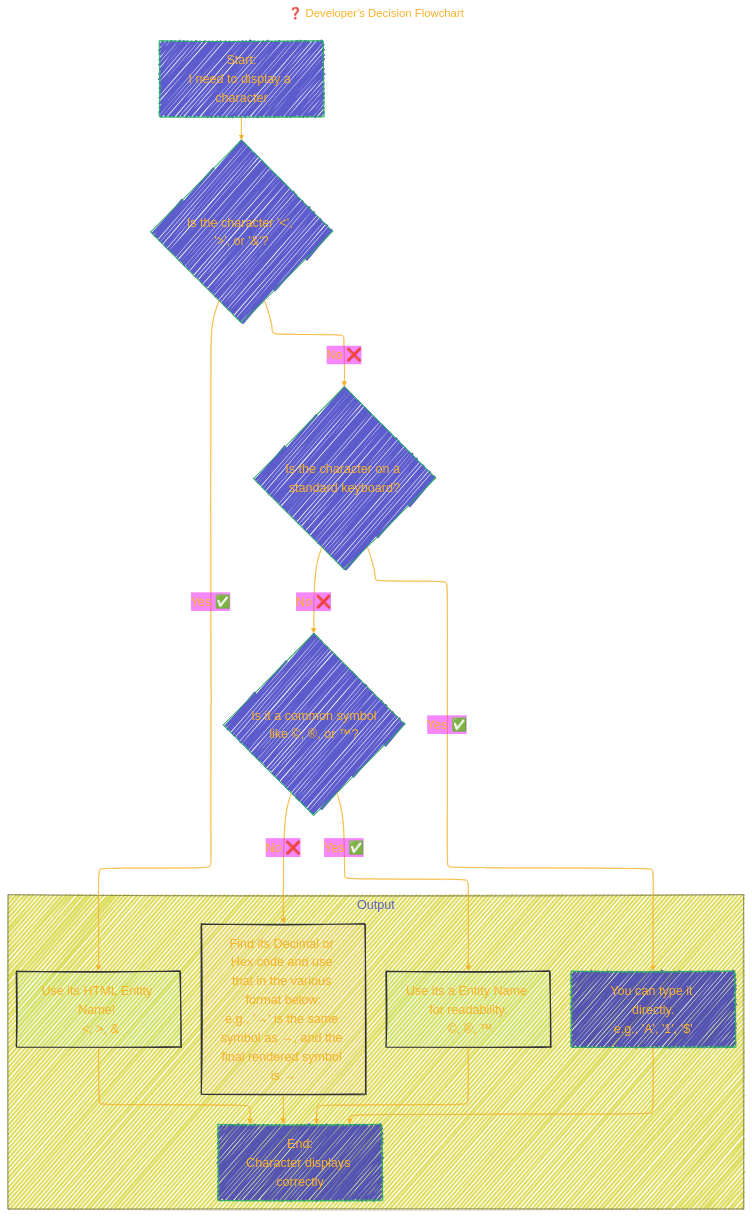
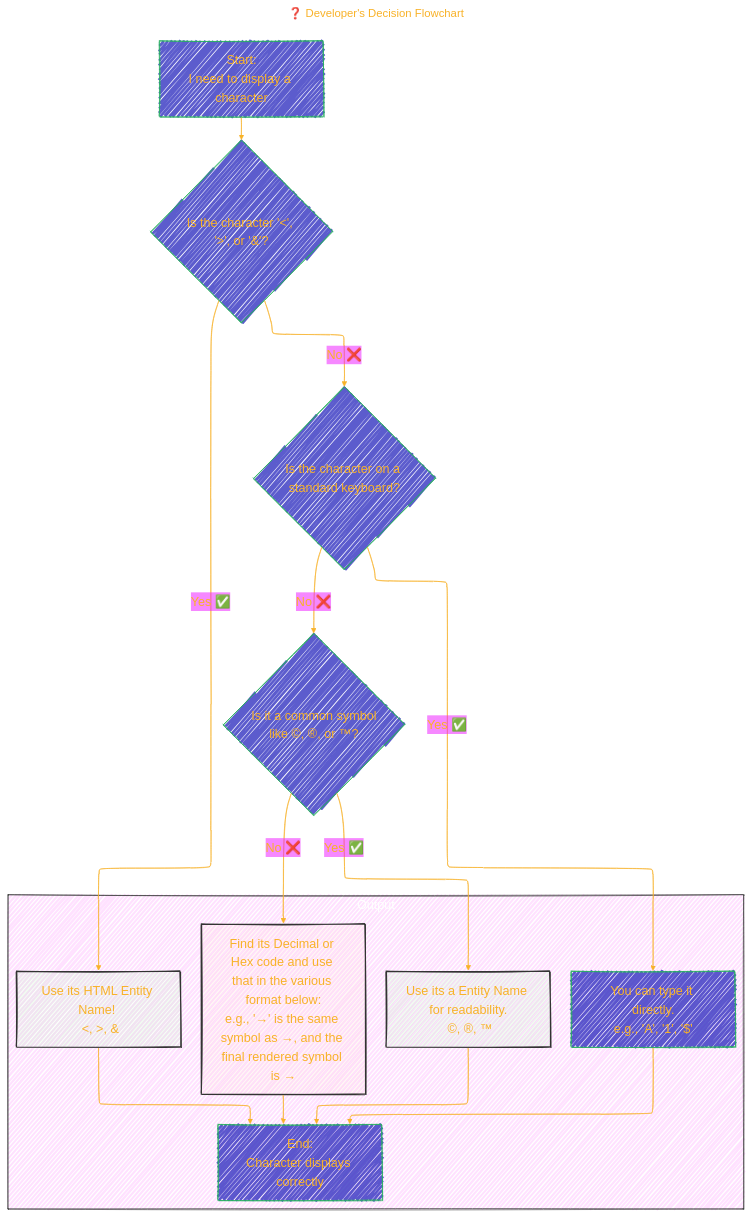
One commit to CongLeSolutionX/MY_GRAPHIC_ASSETS changed the fourth of 6 diagrams in Designing_Graphic_Syntax/HTML_Entity_Number_in_decimal_representation_inside_Mermaid_diagrams.md. Above: the diagram before and after it, drawn with Mermaid.

Commit message:
update notes

````diff
--- a/Designing_Graphic_Syntax/HTML_Entity_Number_in_decimal_representation_inside_Mermaid_diagrams.md
+++ b/Designing_Graphic_Syntax/HTML_Entity_Number_in_decimal_representation_inside_Mermaid_diagrams.md
@@ -184,53 +184,54 @@
 ```mermaid
 ---
 title: "❓ Developer's Decision Flowchart"
 author: "Cong Le"
 version: "1.0"
 license(s): "MIT, CC BY-SA 4.0"
 copyright: "Copyright © 2025 Cong Le. All Rights Reserved."
 config:
   layout: elk
   theme: base
   look: handDrawn
 ---
 %%%%%%%% Mermaid version v11.4.1-b.14
 %%%%%%%% Available curve styles include the following keywords:
 %% basis, bumpX, bumpY, cardinal, catmullRom, linear, monotoneX, monotoneY, natural, step, stepAfter, stepBefore.
 %%{
   init: {
     'flowchart': { 'htmlLabels': true, 'curve': 'basis' },
     'fontFamily': 'American Typewriter, monospace',
     'logLevel': 'fatal',
     'themeVariables': {
       'primaryColor': '#22BB',
       'primaryTextColor': '#F8B229',
       'lineColor': '#F8B229',
       'primaryBorderColor': '#27AE60',
       'secondaryColor': '#E2F1',
       'secondaryTextColor': '#6C3483',
       'secondaryBorderColor': '#A569BD',
       'fontSize': '20px'
     }
   }
 }%%
 flowchart TD
     A["Start:<br/>I need to display a character"] --> B{"Is the character '<', '>', or '&'?"}
     B -->|Yes ✅| C["Use its HTML Entity Name! <br> <char>&lt;</char>, <char>&gt;</char>, <char>&amp;</char>"]
     B -->|No ❌| D{"Is the character on a standard keyboard?"}
     D -->|Yes ✅| E["You can type it directly.<br/>e.g., 'A', '1', '$'"]
     D -->|No ❌| F{"Is it a common symbol <br> like ©, ®, or ™?"}
     F --> |Yes ✅| G["Use its a Entity Name for readability.<br> <char>&copy;</char>, <char>&reg;</char>, <char>&trade;</char>"]
     F --> |No ❌| H["Find its Decimal or Hex code and use that in the various format below:<br/>e.g., '#8594;' is the same symbol as <char>#8594;</char>, and the final rendered symbol is →"]
 
     subgraph Output["Output"]
+    style Output fill:#F2F2,stroke:#333,stroke-width:1px, color: #FFFF
     direction LR
         C --> Z["End:<br/>Character displays correctly"]
         E --> Z
         G --> Z
         H --> Z
     end
 
     style C fill:#9e92,stroke:#333,stroke-width:2px
     style G fill:#9e92,stroke:#333,stroke-width:2px
     style H fill:#fcb2,stroke:#333,stroke-width:2px
 ```
````
